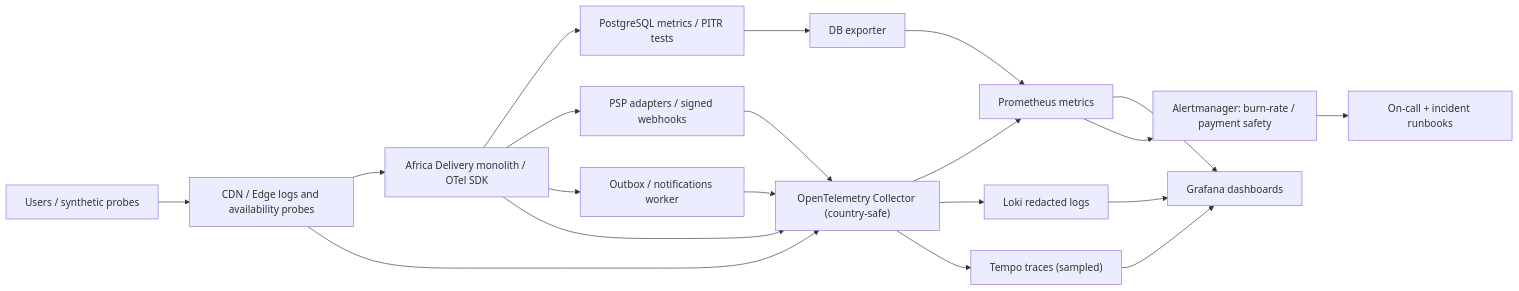
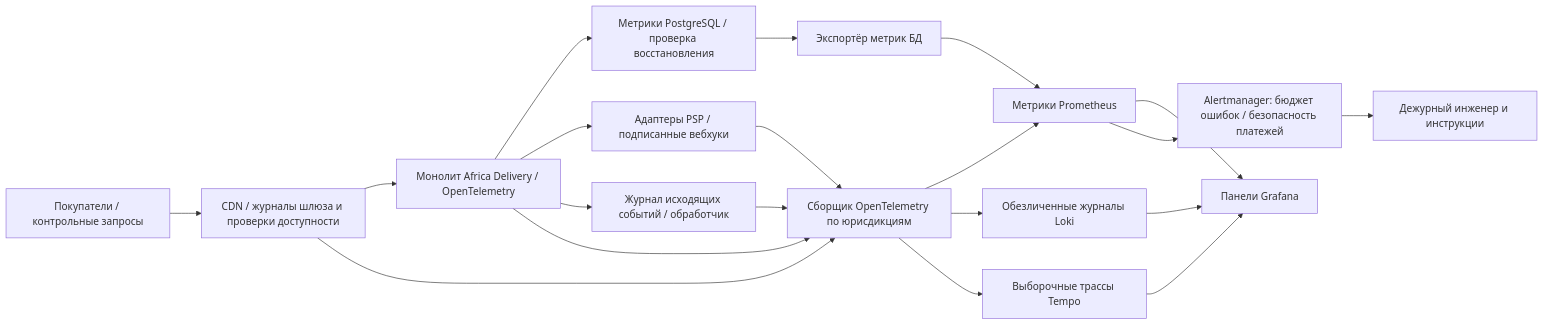
Before and after one commit to dvtar91/Africa_Delivery: the diagram in Task3/observability.md, drawn with Mermaid. The commit also changed other lines of this file, not shown here.

Commit message:
Task3: translate observability narrative and Mermaid labels into Russian

````diff
--- a/Task3/observability.md
+++ b/Task3/observability.md
@@ -18,22 +18,22 @@
 ```mermaid
 flowchart LR
-    User["Users / synthetic probes"] --> Edge["CDN / Edge logs and availability probes"]
-    Edge --> App["Africa Delivery monolith / OTel SDK"]
-    App --> DB["PostgreSQL metrics / PITR tests"]
-    App --> PSP["PSP adapters / signed webhooks"]
-    App --> Worker["Outbox / notifications worker"]
-    Edge --> Collector["OpenTelemetry Collector (country-safe)"]
+    User["Покупатели / контрольные запросы"] --> Edge["CDN / журналы шлюза и проверки доступности"]
+    Edge --> App["Монолит Africa Delivery / OpenTelemetry"]
+    App --> DB["Метрики PostgreSQL / проверка восстановления"]
+    App --> PSP["Адаптеры PSP / подписанные вебхуки"]
+    App --> Worker["Журнал исходящих событий / обработчик"]
+    Edge --> Collector["Сборщик OpenTelemetry по юрисдикциям"]
     App --> Collector
-    DB --> Exporter["DB exporter"]
+    DB --> Exporter["Экспортёр метрик БД"]
     Worker --> Collector
     PSP --> Collector
-    Exporter --> Prom["Prometheus metrics"]
+    Exporter --> Prom["Метрики Prometheus"]
     Collector --> Prom
-    Collector --> Loki["Loki redacted logs"]
-    Collector --> Tempo["Tempo traces (sampled)"]
-    Prom --> Graf["Grafana dashboards"]
+    Collector --> Loki["Обезличенные журналы Loki"]
+    Collector --> Tempo["Выборочные трассы Tempo"]
+    Prom --> Graf["Панели Grafana"]
     Loki --> Graf
     Tempo --> Graf
-    Prom --> Rules["Alertmanager: burn-rate / payment safety"]
-    Rules --> Oncall["On-call + incident runbooks"]
+    Prom --> Rules["Alertmanager: бюджет ошибок / безопасность платежей"]
+    Rules --> Oncall["Дежурный инженер и инструкции"]
 ```
````
